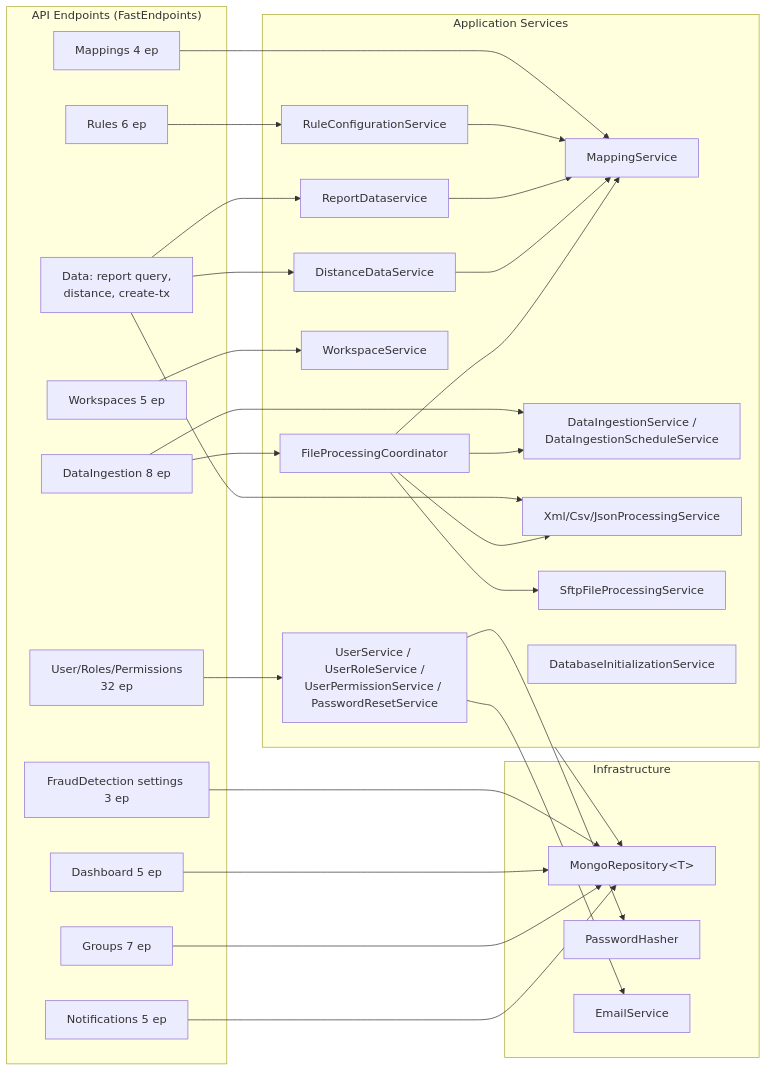
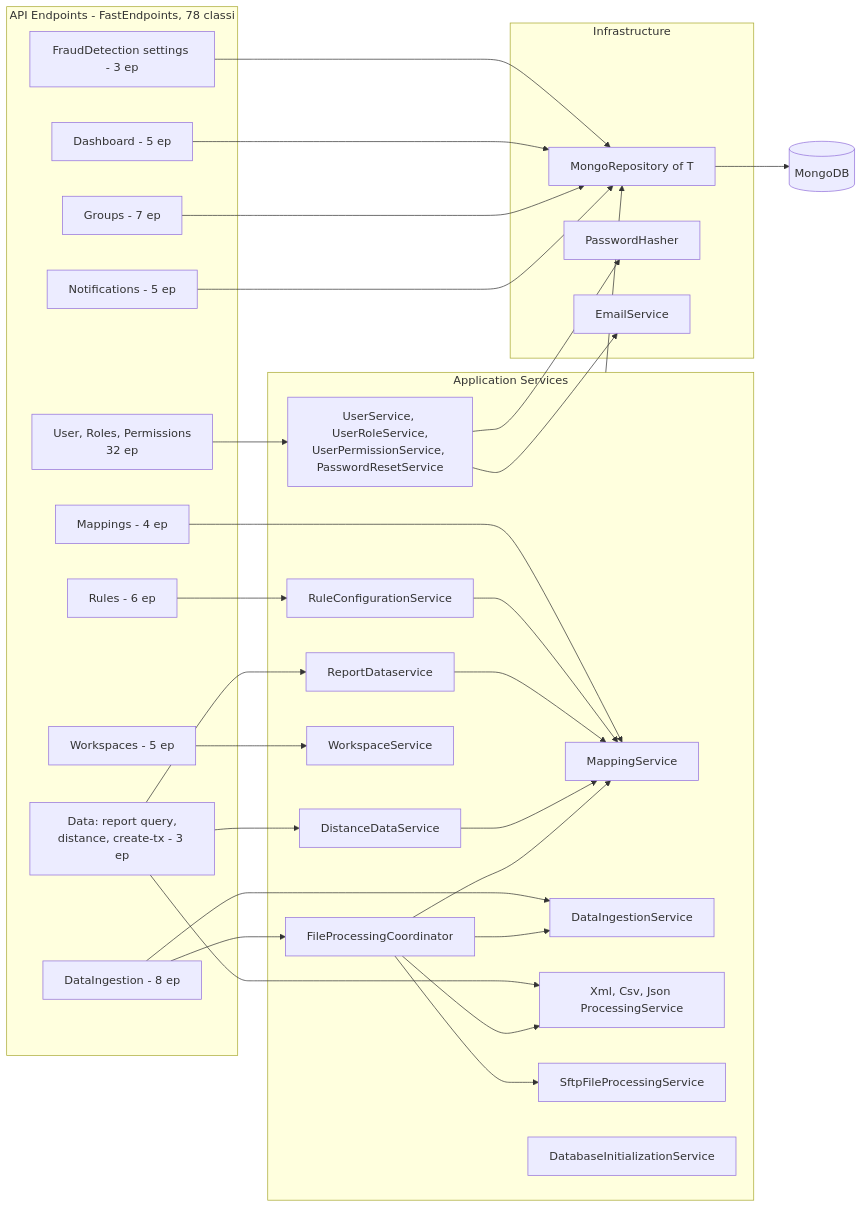
The fourth of 9 diagrams in customspa-it-loss-prevention-d098a8b97860/Docs/06_software_architecture.md (saristot/LOSS_PREVENTION), drawn with Mermaid before and after one commit. The commit also changed other lines of this file and 23 other files, not shown here.

````diff
--- a/customspa-it-loss-prevention-d098a8b97860/Docs/06_software_architecture.md
+++ b/customspa-it-loss-prevention-d098a8b97860/Docs/06_software_architecture.md
@@ -70,49 +190,58 @@
 ```mermaid
 flowchart LR
-  subgraph EP["API Endpoints (FastEndpoints)"]
-    EU["User/Roles/Permissions<br/>32 ep"]
-    ED["Data: report query,<br/>distance, create-tx"]
-    ER["Rules 6 ep"]
-    EF["FraudDetection settings 3 ep"]
-    EI["DataIngestion 8 ep"]
-    EM["Mappings 4 ep"]
-    EW["Workspaces 5 ep"]
-    EDB["Dashboard 5 ep"]
-    EG["Groups 7 ep"]
-    EN["Notifications 5 ep"]
+  subgraph EP["API Endpoints - FastEndpoints, 78 classi"]
+    EU["User, Roles, Permissions<br/>32 ep"]
+    ED["Data: report query,<br/>distance, create-tx - 3 ep"]
+    ER["Rules - 6 ep"]
+    EF["FraudDetection settings - 3 ep"]
+    EI["DataIngestion - 8 ep"]
+    EM["Mappings - 4 ep"]
+    EW["Workspaces - 5 ep"]
+    EDB["Dashboard - 5 ep"]
+    EG["Groups - 7 ep"]
+    EN["Notifications - 5 ep"]
   end
   subgraph APP["Application Services"]
-    US["UserService / UserRoleService /<br/>UserPermissionService / PasswordResetService"]
+    US["UserService, UserRoleService,<br/>UserPermissionService, PasswordResetService"]
     RDS["ReportDataservice"]
     DS["DistanceDataService"]
     RCS["RuleConfigurationService"]
     MS["MappingService"]
     WS["WorkspaceService"]
-    DIS["DataIngestionService /<br/>DataIngestionScheduleService"]
+    DIS["DataIngestionService"]
     FPC["FileProcessingCoordinator"]
-    FP["Xml/Csv/JsonProcessingService"]
+    FP["Xml, Csv, Json ProcessingService"]
     SFTPS["SftpFileProcessingService"]
     DBI["DatabaseInitializationService"]
   end
   subgraph INF["Infrastructure"]
-    REPO["MongoRepository&lt;T&gt;"]
+    REPO["MongoRepository of T"]
     PH["PasswordHasher"]
     EMS["EmailService"]
   end
+  DB[("MongoDB")]
   EU --> US
-  ED --> RDS & DS & FP
+  ED --> RDS
+  ED --> DS
+  ED --> FP
   ER --> RCS
-  EI --> DIS & FPC
+  EI --> DIS
+  EI --> FPC
   EM --> MS
   EW --> WS
   EF --> REPO
   EDB --> REPO
   EG --> REPO
   EN --> REPO
   RCS --> MS
   RDS --> MS
   DS --> MS
-  FPC --> FP & SFTPS & MS & DIS
-  US --> PH & EMS
+  FPC --> FP
+  FPC --> SFTPS
+  FPC --> MS
+  FPC --> DIS
+  US --> PH
+  US --> EMS
   APP --> REPO
+  REPO --> DB
 ```
````
